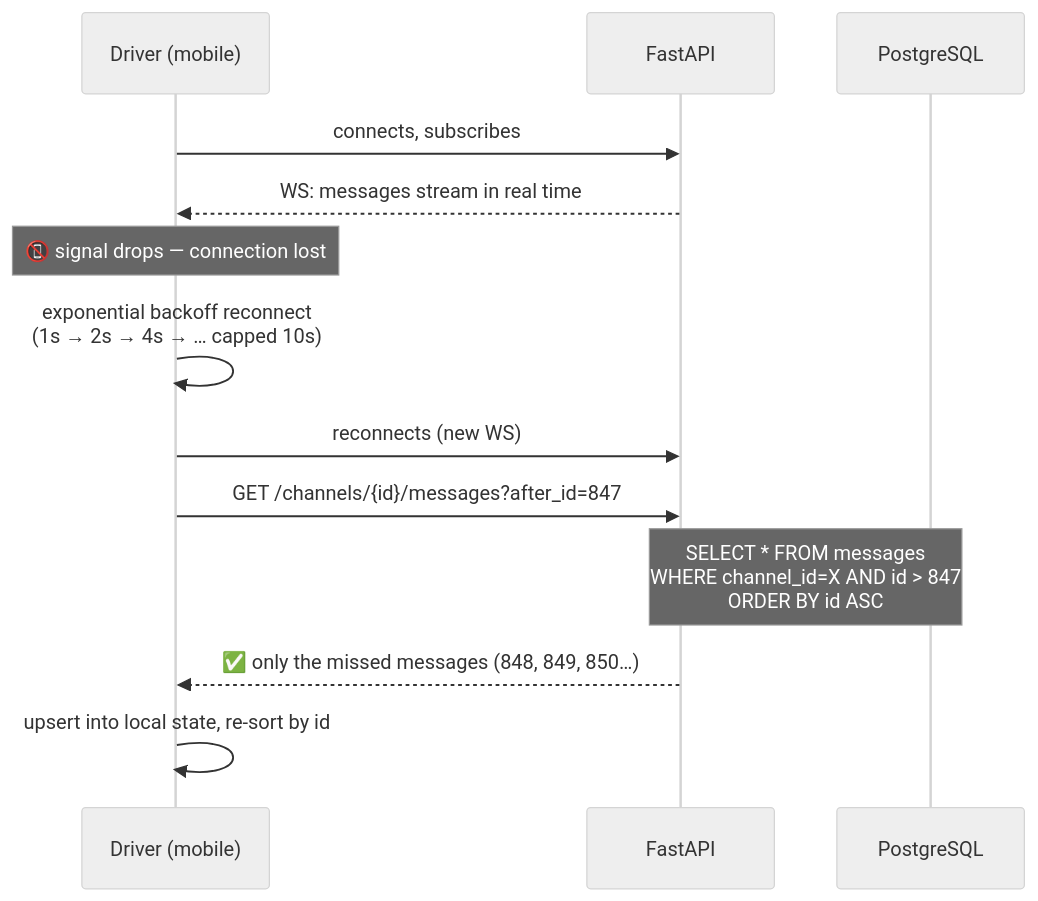
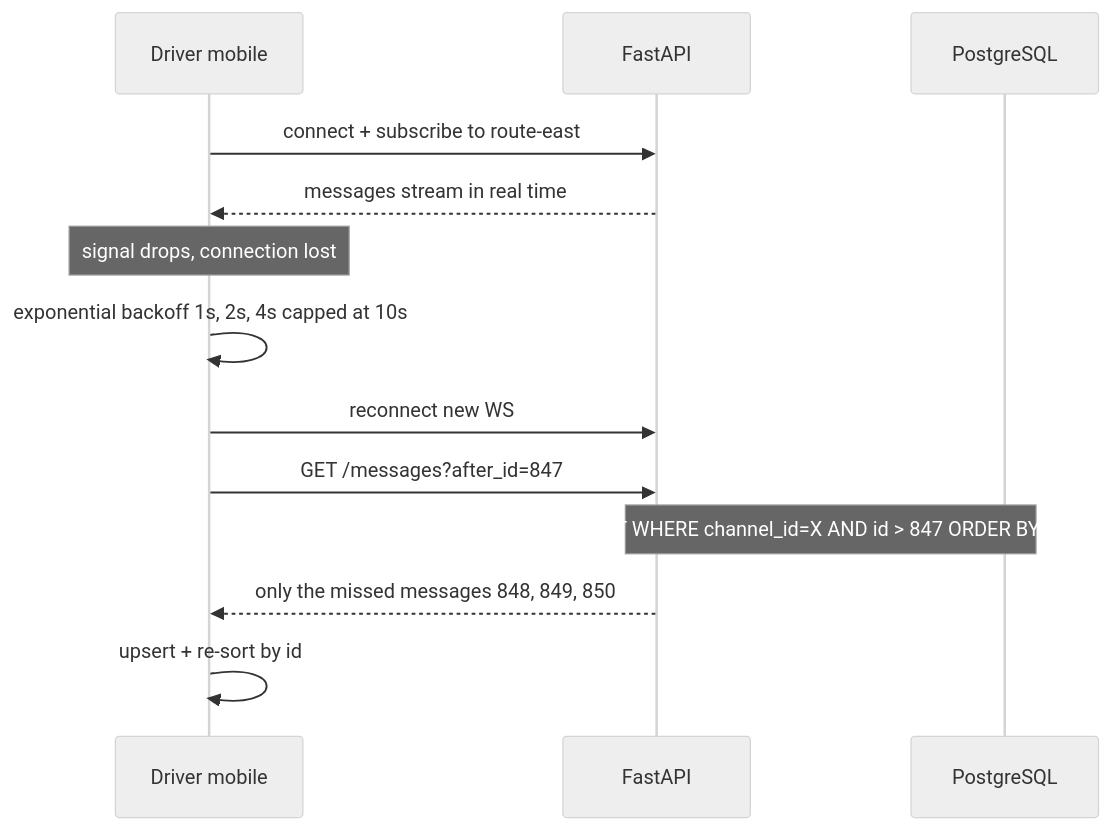
Before and after one commit to theshreyashguy/Real-Time-Logistics-Collaboration--Platform: the second of 5 diagrams in README.md, drawn with Mermaid (neutral theme). The commit also changed other lines of this file, not shown here.

Commit message:
Refactor README for improved clarity in sequence diagrams and message flow; enhance descriptions of worker interactions and error handling.

````diff
--- a/README.md
+++ b/README.md
@@ -106,18 +106,18 @@
 ```mermaid
 sequenceDiagram
-    participant Driver as Driver (mobile)
+    participant Driver as Driver mobile
     participant Server as FastAPI
     participant DB as PostgreSQL
 
-    Driver->>Server: connects, subscribes #route-east
-    Server-->>Driver: WS: messages stream in real time
+    Driver->>Server: connect + subscribe to route-east
+    Server-->>Driver: messages stream in real time
 
-    Note over Driver: 📵 signal drops — connection lost
+    Note over Driver: signal drops, connection lost
 
-    Driver->>Driver: exponential backoff reconnect<br/>(1s → 2s → 4s → … capped 10s)
-    Driver->>Server: reconnects (new WS)
-    Driver->>Server: GET /channels/{id}/messages?after_id=847
-    Note over Server,DB: SELECT * FROM messages<br/>WHERE channel_id=X AND id > 847<br/>ORDER BY id ASC
-    Server-->>Driver: ✅ only the missed messages (848, 849, 850…)
-    Driver->>Driver: upsert into local state, re-sort by id
+    Driver->>Driver: exponential backoff 1s, 2s, 4s capped at 10s
+    Driver->>Server: reconnect new WS
+    Driver->>Server: GET /messages?after_id=847
+    Note over Server,DB: SELECT WHERE channel_id=X AND id > 847 ORDER BY id ASC
+    Server-->>Driver: only the missed messages 848, 849, 850
+    Driver->>Driver: upsert + re-sort by id
 ```
````
